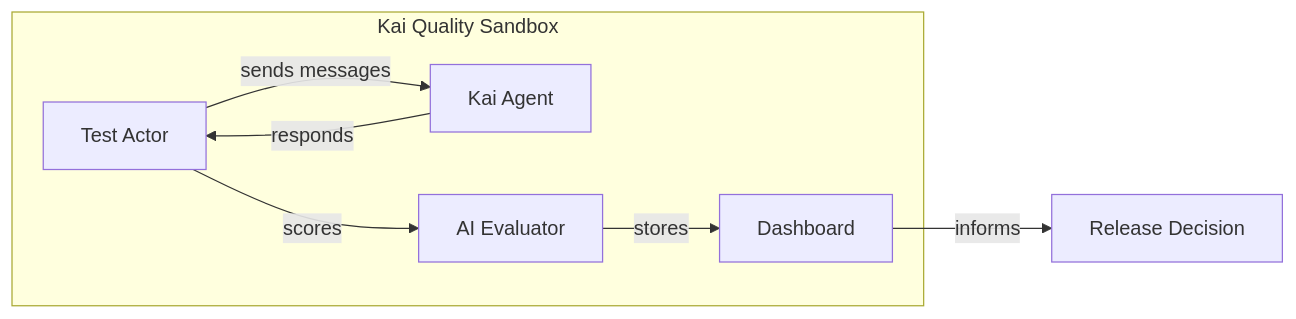
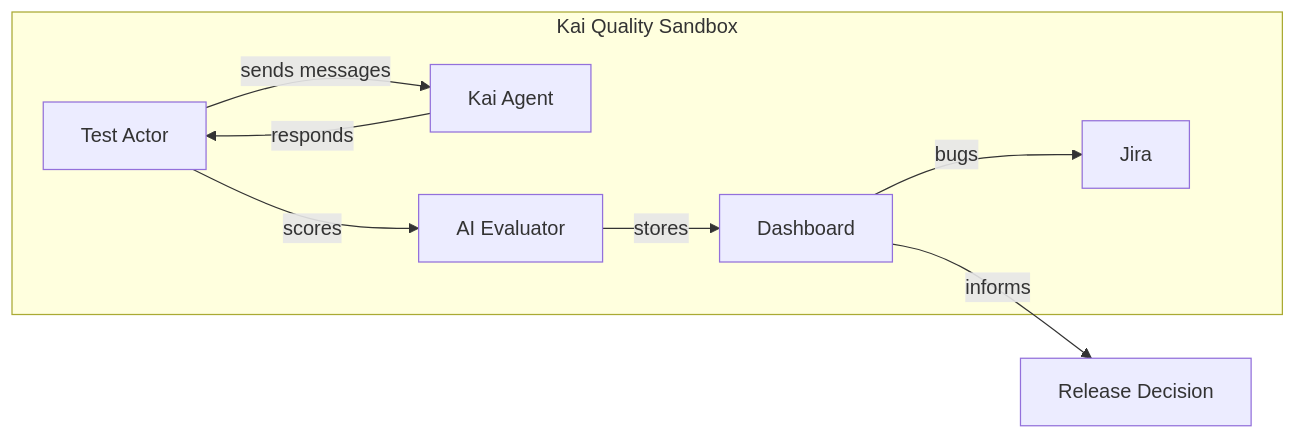
The first of 6 diagrams in docs/PRD.md (duonghaijoe/eval-kai), drawn with Mermaid before and after one commit. The commit also changed other lines of this file and 22 other files, not shown here.

````diff
--- a/docs/PRD.md
+++ b/docs/PRD.md
@@ -38,10 +43,11 @@
 ```mermaid
 flowchart LR
     subgraph Sandbox["Kai Quality Sandbox"]
         A[Test Actor] -->|sends messages| B[Kai Agent]
         B -->|responds| A
         A -->|scores| C[AI Evaluator]
         C -->|stores| D[Dashboard]
+        D -->|bugs| J[Jira]
     end
     D -->|informs| E[Release Decision]
 ```
````
